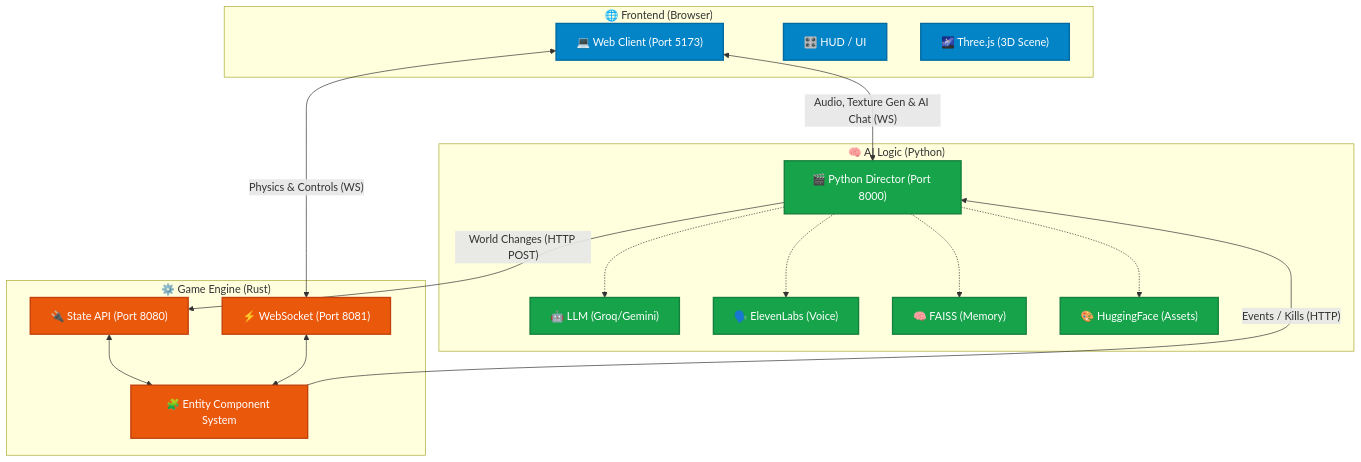
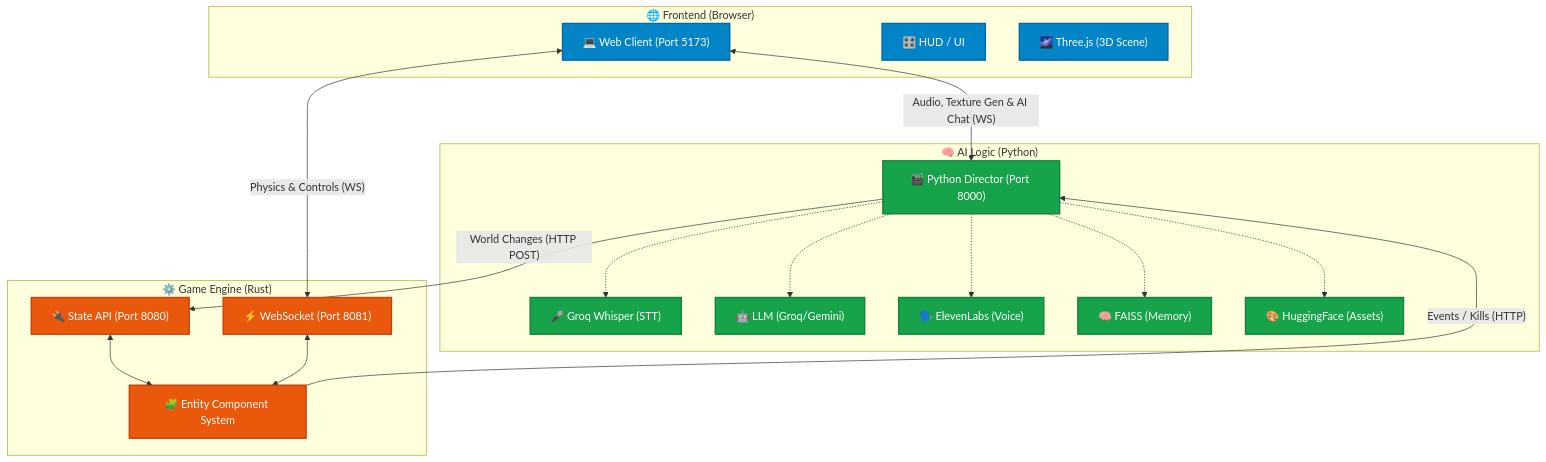
One commit to nissimrencohen/ai-starship-odyssey changed the diagram in README.md. Above: the diagram before and after it, drawn with Mermaid.

Commit message:
[Docs] Add STT engine to the architectural flow diagram in README.md

````diff
--- a/README.md
+++ b/README.md
@@ -30,41 +30,43 @@
 ```mermaid
 graph TD
     classDef default fill:#1e293b,stroke:#0f172a,stroke-width:2px,color:#f8fafc;
     classDef browser fill:#0284c7,stroke:#0369a1,stroke-width:2px,color:#ffffff;
     classDef python fill:#16a34a,stroke:#15803d,stroke-width:2px,color:#ffffff;
     classDef rust fill:#ea580c,stroke:#c2410c,stroke-width:2px,color:#ffffff;
 
     subgraph Browser ["🌐 Frontend (Browser)"]
         Client["💻 Web Client (Port 5173)"]:::browser
         HUD["🎛️ HUD / UI"]:::browser
         Three["🌌 Three.js (3D Scene)"]:::browser
     end
 
     subgraph AI ["🧠 AI Logic (Python)"]
         Director["🎬 Python Director (Port 8000)"]:::python
+        STT["🎤 Groq Whisper (STT)"]:::python
         LLM["🤖 LLM (Groq/Gemini)"]:::python
         TTS["🗣️ ElevenLabs (Voice)"]:::python
         Memory["🧠 FAISS (Memory)"]:::python
         HF["🎨 HuggingFace (Assets)"]:::python
     end
 
     subgraph Engine ["⚙️ Game Engine (Rust)"]
         StateAPI["🔌 State API (Port 8080)"]:::rust
         WS["⚡ WebSocket (Port 8081)"]:::rust
         ECS["🧩 Entity Component System"]:::rust
     end
 
     %% Communications
     Client <-->|"Audio, Texture Gen & AI Chat (WS)"| Director
     Client <-->|"Physics & Controls (WS)"| WS
     Director -->|"World Changes (HTTP POST)"| StateAPI
     StateAPI <--> ECS
     WS <--> ECS
     ECS -->|"Events / Kills (HTTP)"| Director
 
     %% Details
+    Director -.-> STT
     Director -.-> LLM
     Director -.-> TTS
     Director -.-> Memory
     Director -.-> HF
 ```
````
